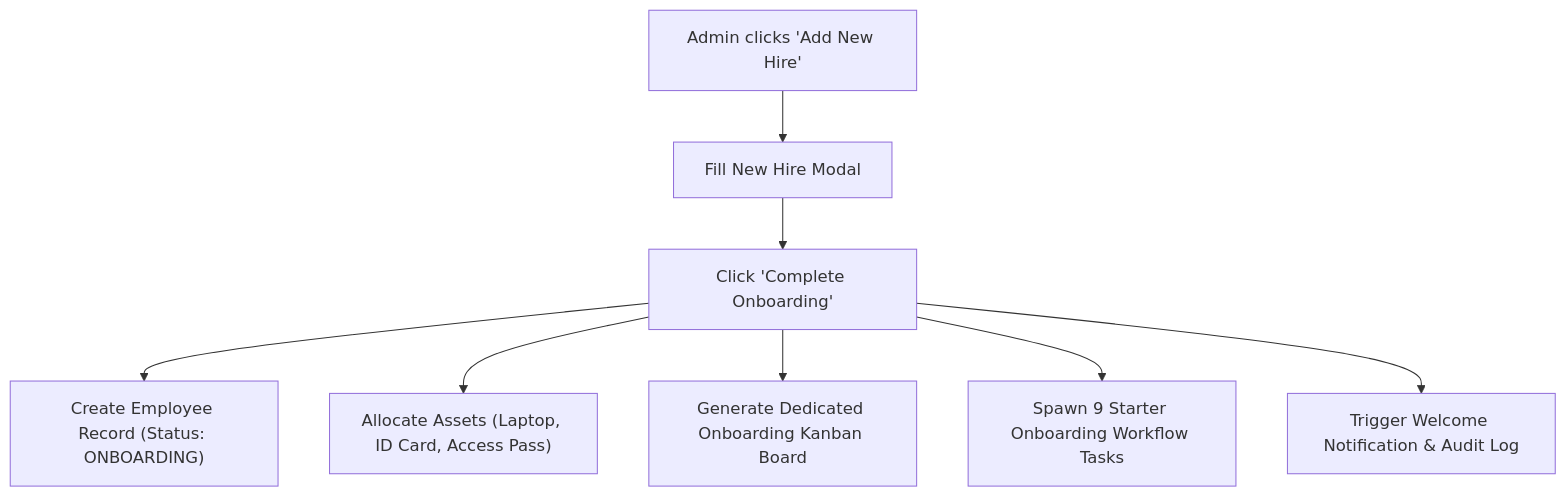
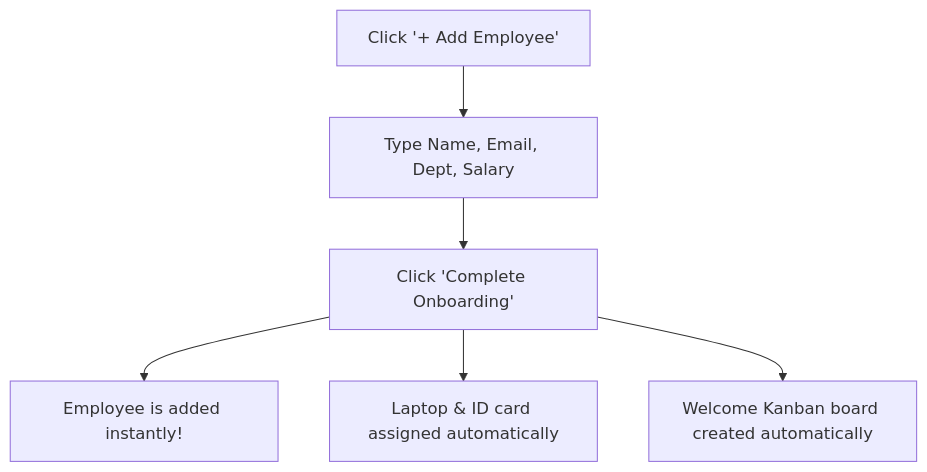
The third of 7 diagrams in docs/INSTRUCTION_AND_DEMO_GUIDE.md (pradhan-not-found/Software-Engineering-Project), drawn with Mermaid before and after one commit. The commit also changed other lines of this file, not shown here.

````diff
--- a/docs/INSTRUCTION_AND_DEMO_GUIDE.md
+++ b/docs/INSTRUCTION_AND_DEMO_GUIDE.md
@@ -162,10 +116,8 @@
 ```mermaid
 flowchart TD
-    User["Admin clicks 'Add New Hire'"] --> Modal["Fill New Hire Modal"]
-    Modal --> Submit["Click 'Complete Onboarding'"]
-    Submit --> Step1["Create Employee Record (Status: ONBOARDING)"]
-    Submit --> Step2["Allocate Assets (Laptop, ID Card, Access Pass)"]
-    Submit --> Step3["Generate Dedicated Onboarding Kanban Board"]
-    Submit --> Step4["Spawn 9 Starter Onboarding Workflow Tasks"]
-    Submit --> Step5["Trigger Welcome Notification & Audit Log"]
+    ClickAdd["Click '+ Add Employee'"] --> FillForm["Type Name, Email, Dept, Salary"]
+    FillForm --> Save["Click 'Complete Onboarding'"]
+    Save --> Done["Employee is added instantly!"]
+    Save --> Auto1["Laptop & ID card assigned automatically"]
+    Save --> Auto2["Welcome Kanban board created automatically"]
 ```
````
